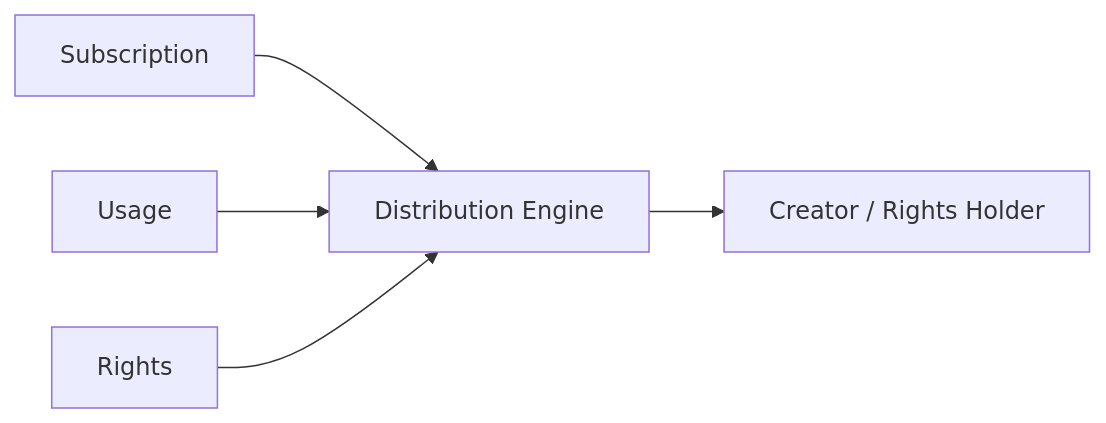
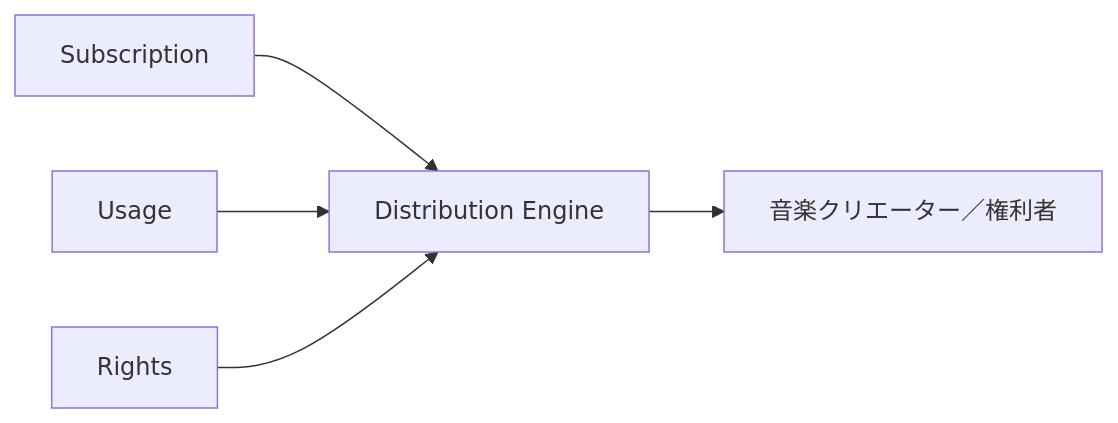
Diagram 12 of 47 in docs/whitepaper/13-roadmap.md (ShigeichiroYamasaki/creator-first-platform), drawn with Mermaid before and after one commit. The commit also changed other lines of this file and 67 other files, not shown here.

````diff
--- a/docs/whitepaper/13-roadmap.md
+++ b/docs/whitepaper/13-roadmap.md
@@ -397,13 +397,13 @@
 ```mermaid
 flowchart LR
     SUB[Subscription]
     USAGE[Usage]
     RIGHTS[Rights]
     ECON[Distribution Engine]
-    CREATOR[Creator / Rights Holder]
+    CREATOR[音楽クリエーター／権利者]
 
     SUB --> ECON
     USAGE --> ECON
     RIGHTS --> ECON
     ECON --> CREATOR
 ```
````
